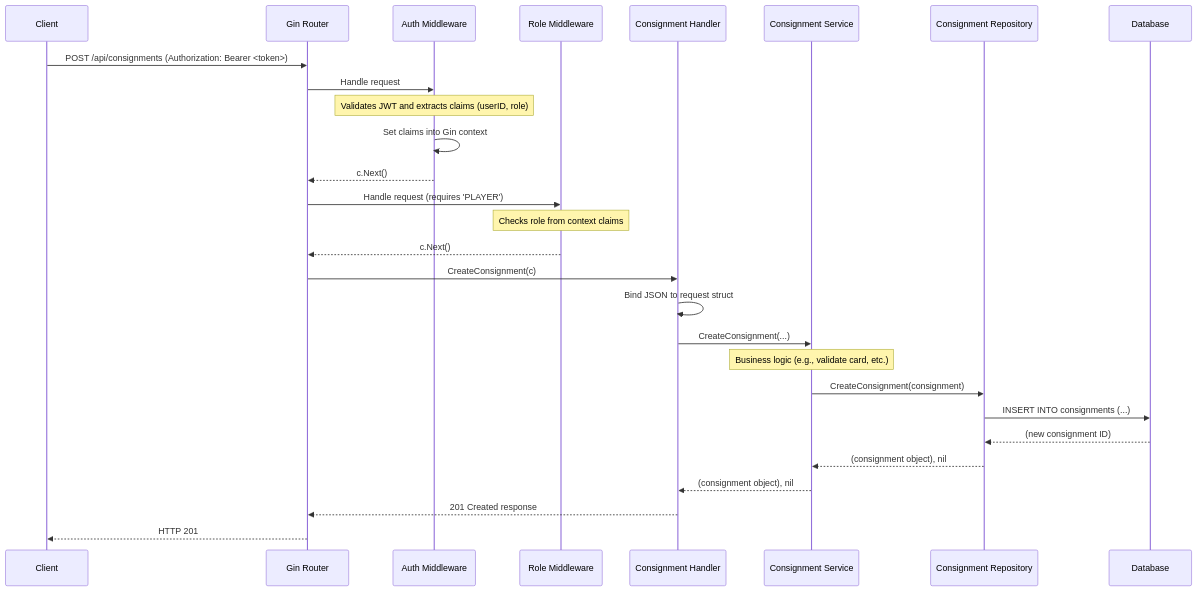
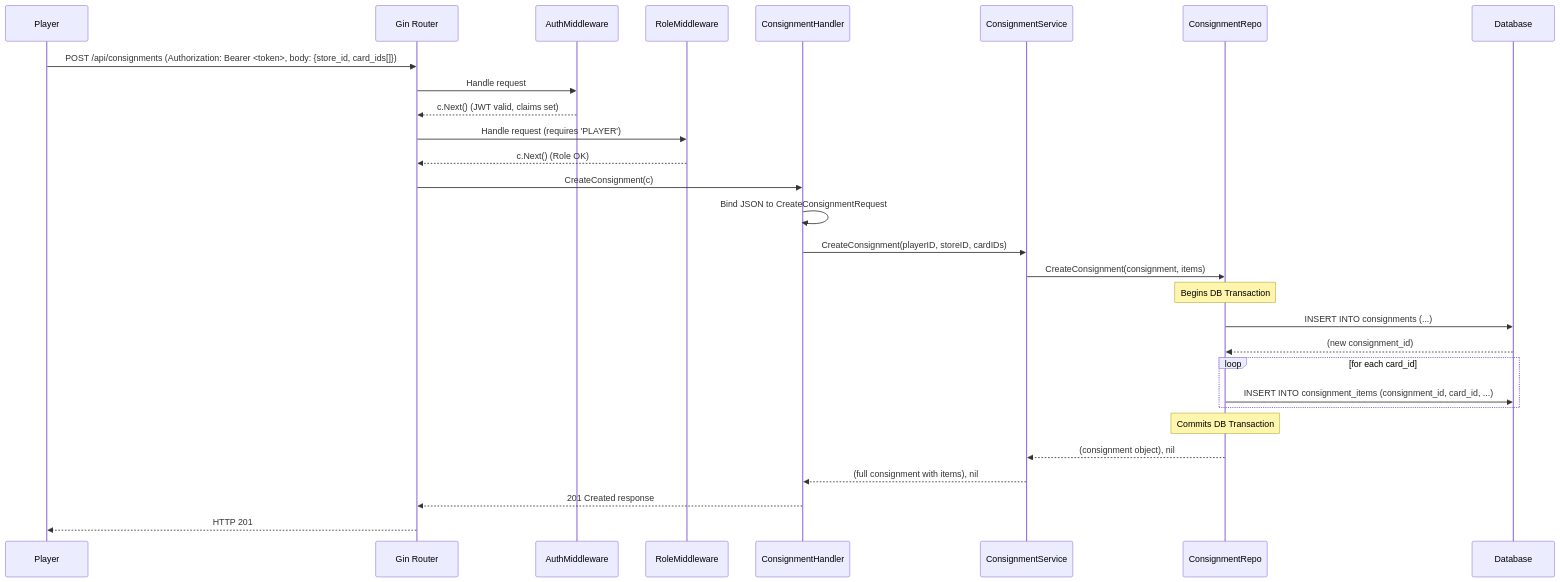
The third of 4 diagrams in SEQUENCE_DIAGRAMS.md (jack55513608/card_manage), drawn with Mermaid before and after one commit. The commit also changed other lines of this file and 5 other files, not shown here.

First line of the commit message:
docs: Update documentation for new consignment flow

````diff
--- a/SEQUENCE_DIAGRAMS.md
+++ b/SEQUENCE_DIAGRAMS.md
@@ -76,33 +76,36 @@
 ```mermaid
 sequenceDiagram
-    participant Client
+    participant Client as Player
     participant GinRouter as Gin Router
-    participant AuthMiddleware as Auth Middleware
-    participant RoleMiddleware as Role Middleware
-    participant ConsignmentHandler as Consignment Handler
-    participant ConsignmentService as Consignment Service
-    participant ConsignmentRepo as Consignment Repository
+    participant AuthMiddleware
+    participant RoleMiddleware
+    participant ConsignmentHandler
+    participant ConsignmentService
+    participant ConsignmentRepo
     participant Database
 
-    Client->>GinRouter: POST /api/consignments (Authorization: Bearer <token>)
+    Client->>GinRouter: POST /api/consignments (Authorization: Bearer <token>, body: {store_id, card_ids[]})
     GinRouter->>AuthMiddleware: Handle request
-    Note over AuthMiddleware: Validates JWT and extracts claims (userID, role)
-    AuthMiddleware->>AuthMiddleware: Set claims into Gin context
-    AuthMiddleware-->>GinRouter: c.Next()
+    AuthMiddleware-->>GinRouter: c.Next() (JWT valid, claims set)
 
     GinRouter->>RoleMiddleware: Handle request (requires 'PLAYER')
-    Note over RoleMiddleware: Checks role from context claims
-    RoleMiddleware-->>GinRouter: c.Next()
+    RoleMiddleware-->>GinRouter: c.Next() (Role OK)
 
     GinRouter->>ConsignmentHandler: CreateConsignment(c)
-    ConsignmentHandler->>ConsignmentHandler: Bind JSON to request struct
-    ConsignmentHandler->>ConsignmentService: CreateConsignment(...)
-    Note over ConsignmentService: Business logic (e.g., validate card, etc.)
-    ConsignmentService->>ConsignmentRepo: CreateConsignment(consignment)
+    ConsignmentHandler->>ConsignmentHandler: Bind JSON to CreateConsignmentRequest
+    ConsignmentHandler->>ConsignmentService: CreateConsignment(playerID, storeID, cardIDs)
+    
+    ConsignmentService->>ConsignmentRepo: CreateConsignment(consignment, items)
+    Note over ConsignmentRepo: Begins DB Transaction
     ConsignmentRepo->>Database: INSERT INTO consignments (...)
-    Database-->>ConsignmentRepo: (new consignment ID)
+    Database-->>ConsignmentRepo: (new consignment_id)
+    loop for each card_id
+        ConsignmentRepo->>Database: INSERT INTO consignment_items (consignment_id, card_id, ...)
+    end
+    Note over ConsignmentRepo: Commits DB Transaction
     ConsignmentRepo-->>ConsignmentService: (consignment object), nil
-    ConsignmentService-->>ConsignmentHandler: (consignment object), nil
+    
+    ConsignmentService-->>ConsignmentHandler: (full consignment with items), nil
     ConsignmentHandler-->>GinRouter: 201 Created response
     GinRouter-->>Client: HTTP 201
 ```
````
